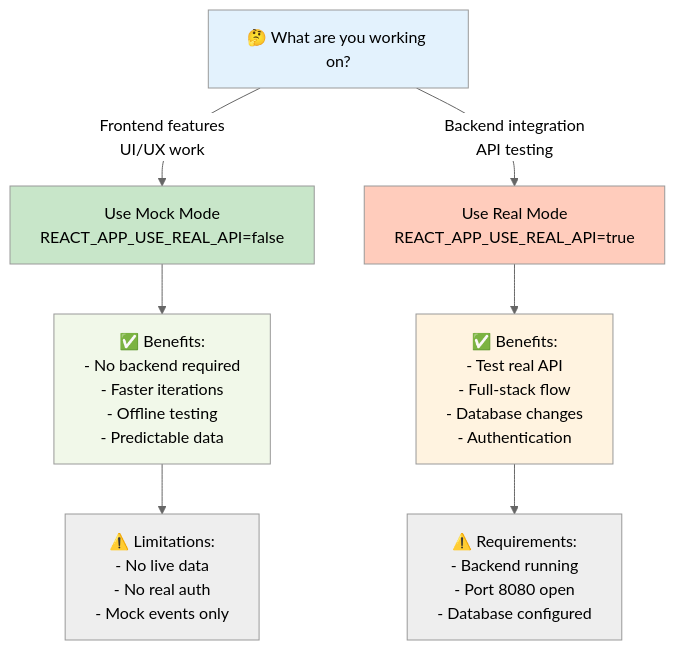
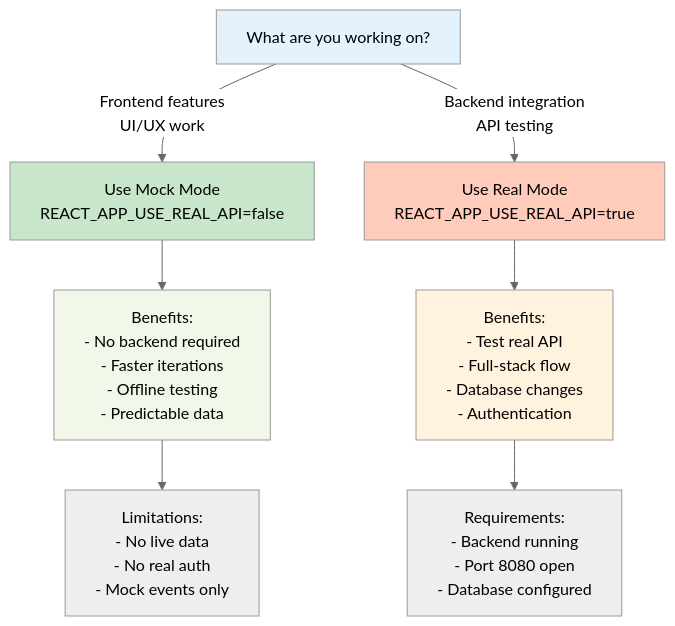
One commit to SandeepVashishtha/Eventra changed the second of 2 diagrams in docs/ENV_SETUP_GUIDE.md. Above: the diagram before and after it, drawn with Mermaid (neutral theme). The commit also changed other lines of this file and 1 other file, not shown here.

````diff
--- a/docs/ENV_SETUP_GUIDE.md
+++ b/docs/ENV_SETUP_GUIDE.md
@@ -216,17 +216,17 @@
 ```mermaid
 graph TD
-    A["🤔 What are you working on?"] -->|"Frontend features<br/>UI/UX work"| B["Use Mock Mode<br/>REACT_APP_USE_REAL_API=false"]
+    A["What are you working on?"] -->|"Frontend features<br/>UI/UX work"| B["Use Mock Mode<br/>REACT_APP_USE_REAL_API=false"]
     A -->|"Backend integration<br/>API testing"| C["Use Real Mode<br/>REACT_APP_USE_REAL_API=true"]
     
-    B --> B1["✅ Benefits:<br/>- No backend required<br/>- Faster iterations<br/>- Offline testing<br/>- Predictable data"]
-    C --> C1["✅ Benefits:<br/>- Test real API<br/>- Full-stack flow<br/>- Database changes<br/>- Authentication"]
+    B --> B1["Benefits:<br/>- No backend required<br/>- Faster iterations<br/>- Offline testing<br/>- Predictable data"]
+    C --> C1["Benefits:<br/>- Test real API<br/>- Full-stack flow<br/>- Database changes<br/>- Authentication"]
     
-    B1 --> B2["⚠️ Limitations:<br/>- No live data<br/>- No real auth<br/>- Mock events only"]
-    C1 --> C2["⚠️ Requirements:<br/>- Backend running<br/>- Port 8080 open<br/>- Database configured"]
+    B1 --> B2["Limitations:<br/>- No live data<br/>- No real auth<br/>- Mock events only"]
+    C1 --> C2["Requirements:<br/>- Backend running<br/>- Port 8080 open<br/>- Database configured"]
     
     style A fill:#e3f2fd
     style B fill:#c8e6c9
     style C fill:#ffccbc
     style B1 fill:#f1f8e9
     style C1 fill:#fff3e0
 ```
````
